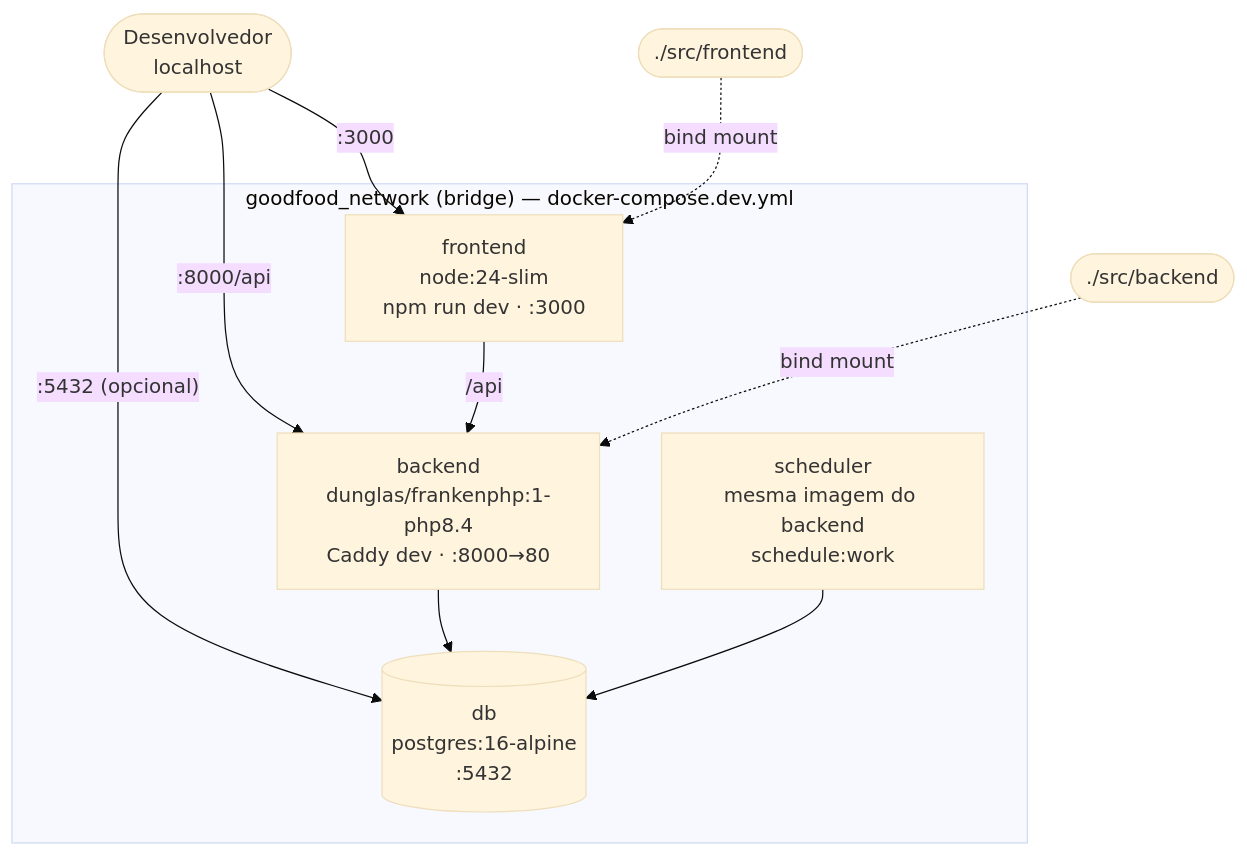
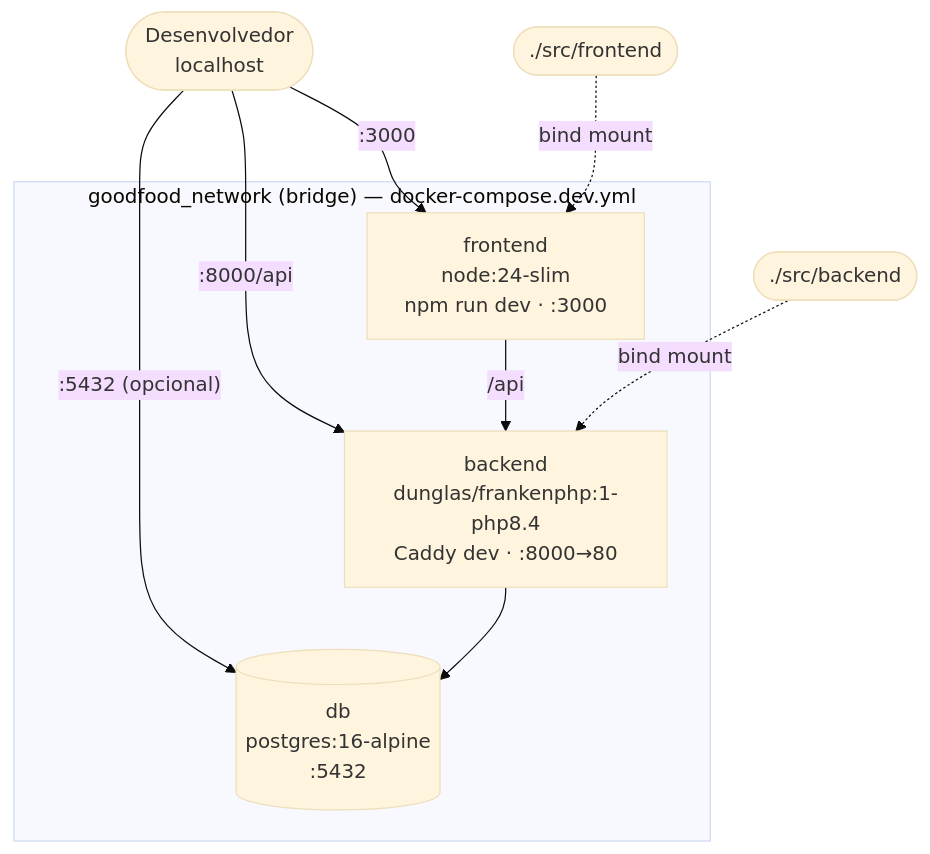
One commit to matheussesso/goodfood changed the second of 4 diagrams in docs/arquitetura.md. Above: the diagram before and after it, drawn with Mermaid (base theme). The commit also changed other lines of this file and 6 other files, not shown here.

Commit message:
feat: update API documentation for pet documents, recipes, and system architecture; remove scheduler references

````diff
--- a/docs/arquitetura.md
+++ b/docs/arquitetura.md
@@ -119,21 +117,19 @@
 ```mermaid
 flowchart TB
     Dev(["Desenvolvedor<br/>localhost"])
 
     subgraph net["goodfood_network (bridge) — docker-compose.dev.yml"]
         FE["frontend<br/>node:24-slim<br/>npm run dev · :3000"]
         BE["backend<br/>dunglas/frankenphp:1-php8.4<br/>Caddy dev · :8000→80"]
-        SCH["scheduler<br/>mesma imagem do backend<br/>schedule:work"]
         DB[("db<br/>postgres:16-alpine<br/>:5432")]
     end
 
     Dev -->|":3000"| FE
     Dev -->|":8000/api"| BE
     Dev -->|":5432 (opcional)"| DB
     FE -->|"/api"| BE
     BE --> DB
-    SCH --> DB
 
     BM1(["./src/frontend"]) -.->|bind mount| FE
     BM2(["./src/backend"]) -.->|bind mount| BE
 ```
````
